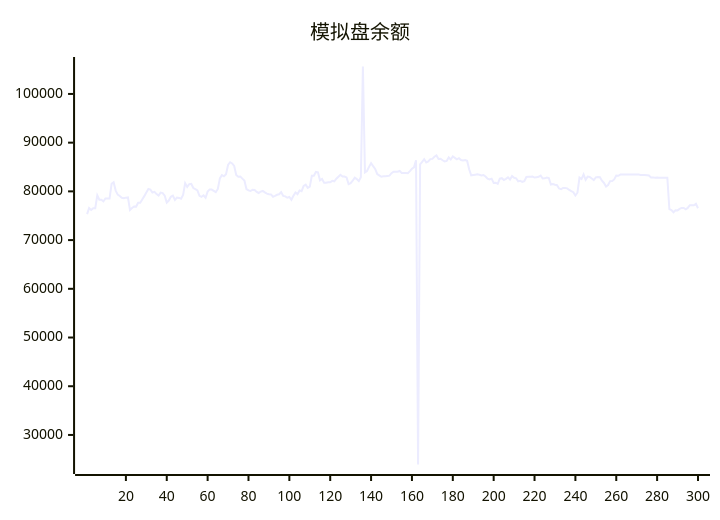
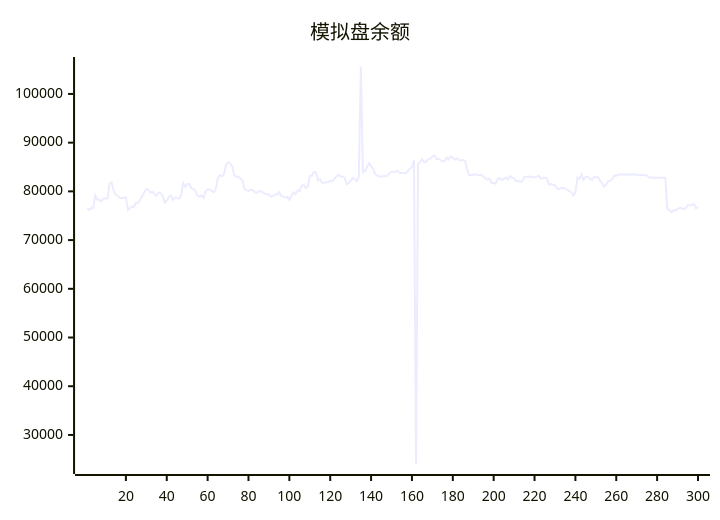
One commit to aahl/ai-trading changed the diagram in README.md. Above: the diagram before and after it, drawn with Mermaid. The commit also changed other lines of this file and 1 other file, not shown here.

````diff
--- a/README.md
+++ b/README.md
@@ -5,5 +5,5 @@
 ```mermaid
 xychart
     title "模拟盘余额"
-    line [75334,76564,76179,76553,76551,79196,78300,78300,77944,78531,78531,78521,81564,81884,80160,79335,79055,78675,78580,78708,78764,76179,76586,76902,76876,77658,77669,78346,79023,79769,80497,80366,79761,79896,79448,79126,79749,79658,79097,77695,78114,78888,79126,78249,78738,78653,78478,79271,81680,80923,81488,81527,80681,80455,80190,79084,78879,79193,78686,79954,80403,80374,80118,79848,80491,82665,83351,83098,83525,85430,85983,85737,85221,83378,83014,83043,82613,82216,80477,80208,80081,80348,80277,79894,79670,79965,80093,79786,79542,79406,79371,78893,79087,79304,79406,79841,79072,78978,78696,78846,78272,79085,79787,79442,80198,80031,81120,81379,80718,80985,83214,83212,83993,83921,82270,82547,81776,81776,81866,81866,82158,82061,82596,83000,83408,83041,83050,82858,81503,81691,82188,82812,82517,82092,82901,105633,83898,84180,85030,85781,85178,84604,83569,83298,83008,83093,83107,83175,83228,83729,84025,84017,84019,84177,83775,83762,83785,83738,84160,84639,84939,86370,23934,85548,86046,86599,85942,86161,86622,86664,87115,87369,86666,86685,86384,86152,86243,86969,86548,87164,86885,86566,86809,86427,86348,86417,86273,84538,83299,83369,83430,83490,83404,83270,83362,83056,82605,82459,82614,81734,81788,81551,82598,82702,82320,82580,82878,82426,83139,82778,82686,82056,82166,81963,82110,82951,82983,82984,83038,82838,82915,82998,83235,82642,82682,82858,82746,81396,81512,81362,81277,80600,80461,80699,80673,80616,80288,80038,79836,79142,79722,82837,82533,83480,82366,83032,82960,82654,82330,82883,82934,82901,82188,81728,81005,81298,82110,82135,82449,83264,83203,83440,83439,83440,83440,83446,83447,83448,83447,83448,83449,83369,83369,83369,83313,83256,82872,82873,82801,82844,82785,82791,82791,82793,82794,76339,76145,75714,76110,76096,76397,76594,76585,76310,76607,77160,77170,77160,77456,76541]
+    line [76564,76179,76553,76551,79196,78300,78300,77944,78531,78531,78521,81564,81884,80160,79335,79055,78675,78580,78708,78764,76179,76586,76902,76876,77658,77669,78346,79023,79769,80497,80366,79761,79896,79448,79126,79749,79658,79097,77695,78114,78888,79126,78249,78738,78653,78478,79271,81680,80923,81488,81527,80681,80455,80190,79084,78879,79193,78686,79954,80403,80374,80118,79848,80491,82665,83351,83098,83525,85430,85983,85737,85221,83378,83014,83043,82613,82216,80477,80208,80081,80348,80277,79894,79670,79965,80093,79786,79542,79406,79371,78893,79087,79304,79406,79841,79072,78978,78696,78846,78272,79085,79787,79442,80198,80031,81120,81379,80718,80985,83214,83212,83993,83921,82270,82547,81776,81776,81866,81866,82158,82061,82596,83000,83408,83041,83050,82858,81503,81691,82188,82812,82517,82092,82901,105633,83898,84180,85030,85781,85178,84604,83569,83298,83008,83093,83107,83175,83228,83729,84025,84017,84019,84177,83775,83762,83785,83738,84160,84639,84939,86370,23934,85548,86046,86599,85942,86161,86622,86664,87115,87369,86666,86685,86384,86152,86243,86969,86548,87164,86885,86566,86809,86427,86348,86417,86273,84538,83299,83369,83430,83490,83404,83270,83362,83056,82605,82459,82614,81734,81788,81551,82598,82702,82320,82580,82878,82426,83139,82778,82686,82056,82166,81963,82110,82951,82983,82984,83038,82838,82915,82998,83235,82642,82682,82858,82746,81396,81512,81362,81277,80600,80461,80699,80673,80616,80288,80038,79836,79142,79722,82837,82533,83480,82366,83032,82960,82654,82330,82883,82934,82901,82188,81728,81005,81298,82110,82135,82449,83264,83203,83440,83439,83440,83440,83446,83447,83448,83447,83448,83449,83369,83369,83369,83313,83256,82872,82873,82801,82844,82785,82791,82791,82793,82794,76339,76145,75714,76110,76096,76397,76594,76585,76310,76607,77160,77170,77160,77456,76541,76774]
 ```
````
